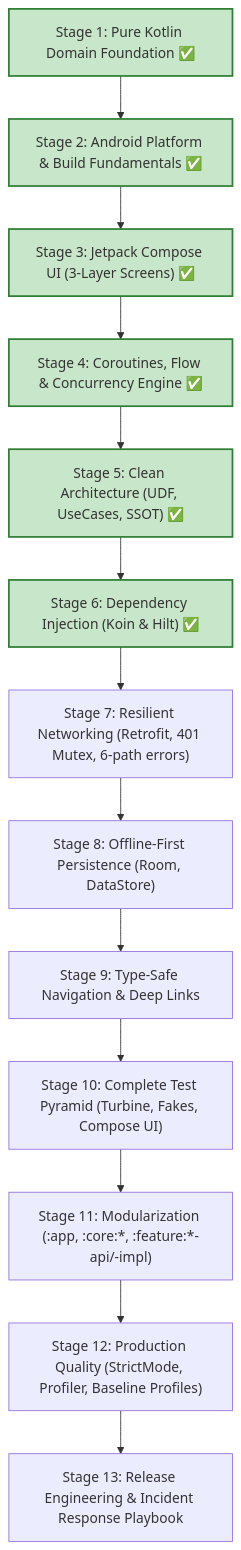
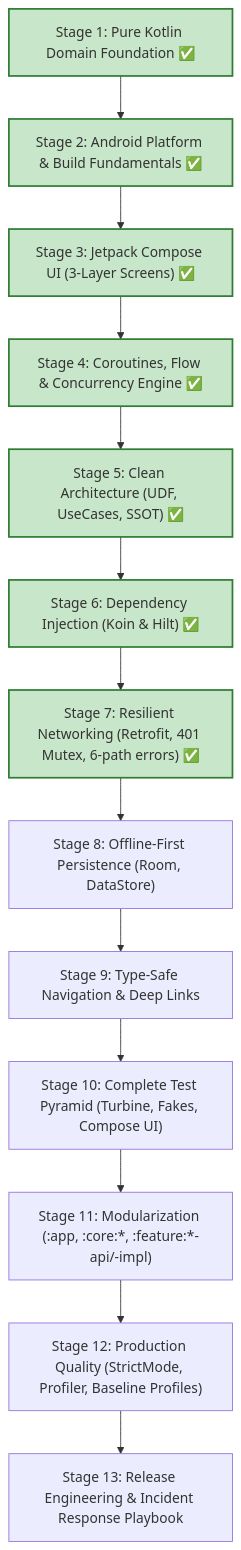
One commit to rohitlavate97/android-development changed the diagram in enterprise-finance-tracker-real-time-app/README.md. Above: the diagram before and after it, drawn with Mermaid. The commit also changed other lines of this file and 13 other files, not shown here.

Commit message:
feat(stage-7): Implement resilient networking layer with Retrofit, OkHttp, 401 Mutex Authenticator, and 6 error failure paths

````diff
--- a/enterprise-finance-tracker-real-time-app/README.md
+++ b/enterprise-finance-tracker-real-time-app/README.md
@@ -21,22 +21,23 @@
 ```mermaid
 graph TD
     S01["Stage 1: Pure Kotlin Domain Foundation ✅"] --> S02["Stage 2: Android Platform & Build Fundamentals ✅"]
     S02 --> S03["Stage 3: Jetpack Compose UI (3-Layer Screens) ✅"]
     S03 --> S04["Stage 4: Coroutines, Flow & Concurrency Engine ✅"]
     S04 --> S05["Stage 5: Clean Architecture (UDF, UseCases, SSOT) ✅"]
     S05 --> S06["Stage 6: Dependency Injection (Koin & Hilt) ✅"]
-    S06 --> S07["Stage 7: Resilient Networking (Retrofit, 401 Mutex, 6-path errors)"]
+    S06 --> S07["Stage 7: Resilient Networking (Retrofit, 401 Mutex, 6-path errors) ✅"]
     S07 --> S08["Stage 8: Offline-First Persistence (Room, DataStore)"]
     S08 --> S09["Stage 9: Type-Safe Navigation & Deep Links"]
     S09 --> S10["Stage 10: Complete Test Pyramid (Turbine, Fakes, Compose UI)"]
     S10 --> S11["Stage 11: Modularization (:app, :core:*, :feature:*-api/-impl)"]
     S11 --> S12["Stage 12: Production Quality (StrictMode, Profiler, Baseline Profiles)"]
     S12 --> S13["Stage 13: Release Engineering & Incident Response Playbook"]
 
     style S01 fill:#c8e6c9,stroke:#2e7d32,stroke-width:2px
     style S02 fill:#c8e6c9,stroke:#2e7d32,stroke-width:2px
     style S03 fill:#c8e6c9,stroke:#2e7d32,stroke-width:2px
     style S04 fill:#c8e6c9,stroke:#2e7d32,stroke-width:2px
     style S05 fill:#c8e6c9,stroke:#2e7d32,stroke-width:2px
     style S06 fill:#c8e6c9,stroke:#2e7d32,stroke-width:2px
+    style S07 fill:#c8e6c9,stroke:#2e7d32,stroke-width:2px
 ```
````
